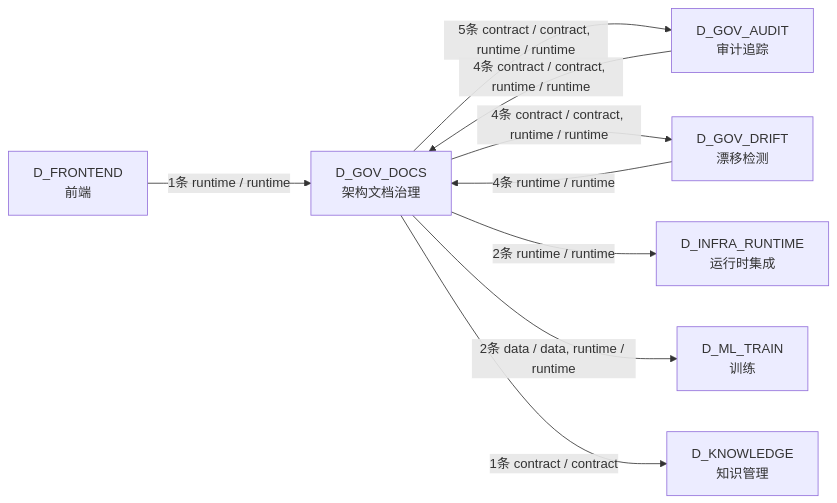
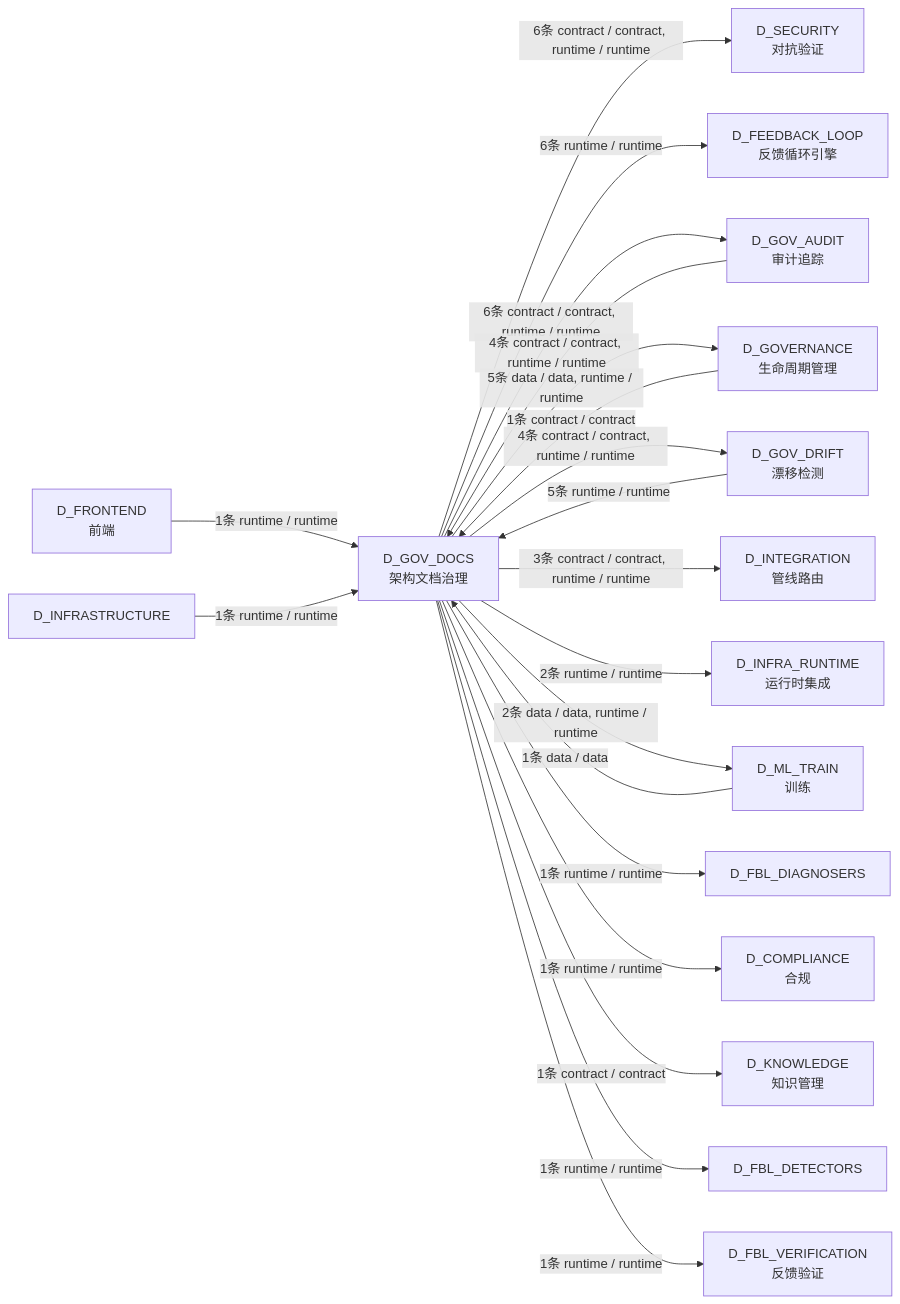
Before and after one commit to xuanFelixVan/ZephyrAlpha: the third of 3 diagrams in docs/02_enterprise_architecture/02_domain_architecture_docs/40_d_gov_docs.md, drawn with Mermaid. The commit also changed other lines of this file and 82 other files, not shown here.

````diff
--- a/docs/02_enterprise_architecture/02_domain_architecture_docs/40_d_gov_docs.md
+++ b/docs/02_enterprise_architecture/02_domain_architecture_docs/40_d_gov_docs.md
@@ -338,18 +403,38 @@
 ```mermaid
 graph LR
     D_GOV_DOCS["D_GOV_DOCS<br/>架构文档治理"]
+    D_SECURITY["D_SECURITY<br/>对抗验证"]
+    D_FEEDBACK_LOOP["D_FEEDBACK_LOOP<br/>反馈循环引擎"]
     D_GOV_AUDIT["D_GOV_AUDIT<br/>审计追踪"]
+    D_GOVERNANCE["D_GOVERNANCE<br/>生命周期管理"]
     D_GOV_DRIFT["D_GOV_DRIFT<br/>漂移检测"]
+    D_INTEGRATION["D_INTEGRATION<br/>管线路由"]
     D_INFRA_RUNTIME["D_INFRA_RUNTIME<br/>运行时集成"]
     D_ML_TRAIN["D_ML_TRAIN<br/>训练"]
+    D_FBL_DIAGNOSERS["D_FBL_DIAGNOSERS"]
+    D_COMPLIANCE["D_COMPLIANCE<br/>合规"]
     D_KNOWLEDGE["D_KNOWLEDGE<br/>知识管理"]
+    D_FBL_DETECTORS["D_FBL_DETECTORS"]
+    D_FBL_VERIFICATION["D_FBL_VERIFICATION<br/>反馈验证"]
     D_FRONTEND["D_FRONTEND<br/>前端"]
-    D_GOV_DOCS -->|5条 contract / contract, runtime / runtime| D_GOV_AUDIT
+    D_INFRASTRUCTURE["D_INFRASTRUCTURE"]
+    D_GOV_DOCS -->|6条 contract / contract, runtime / runtime| D_SECURITY
+    D_GOV_DOCS -->|6条 runtime / runtime| D_FEEDBACK_LOOP
+    D_GOV_DOCS -->|6条 contract / contract, runtime / runtime| D_GOV_AUDIT
+    D_GOV_DOCS -->|5条 data / data, runtime / runtime| D_GOVERNANCE
     D_GOV_DOCS -->|4条 contract / contract, runtime / runtime| D_GOV_DRIFT
+    D_GOV_DOCS -->|3条 contract / contract, runtime / runtime| D_INTEGRATION
     D_GOV_DOCS -->|2条 runtime / runtime| D_INFRA_RUNTIME
     D_GOV_DOCS -->|2条 data / data, runtime / runtime| D_ML_TRAIN
+    D_GOV_DOCS -->|1条 runtime / runtime| D_FBL_DIAGNOSERS
+    D_GOV_DOCS -->|1条 runtime / runtime| D_COMPLIANCE
     D_GOV_DOCS -->|1条 contract / contract| D_KNOWLEDGE
+    D_GOV_DOCS -->|1条 runtime / runtime| D_FBL_DETECTORS
+    D_GOV_DOCS -->|1条 runtime / runtime| D_FBL_VERIFICATION
+    D_GOV_DRIFT -->|5条 runtime / runtime| D_GOV_DOCS
     D_GOV_AUDIT -->|4条 contract / contract, runtime / runtime| D_GOV_DOCS
-    D_GOV_DRIFT -->|4条 runtime / runtime| D_GOV_DOCS
     D_FRONTEND -->|1条 runtime / runtime| D_GOV_DOCS
+    D_GOVERNANCE -->|1条 contract / contract| D_GOV_DOCS
+    D_INFRASTRUCTURE -->|1条 runtime / runtime| D_GOV_DOCS
+    D_ML_TRAIN -->|1条 data / data| D_GOV_DOCS
 ```
````
